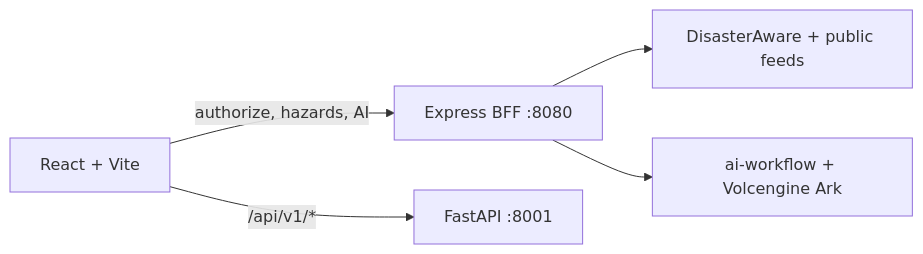
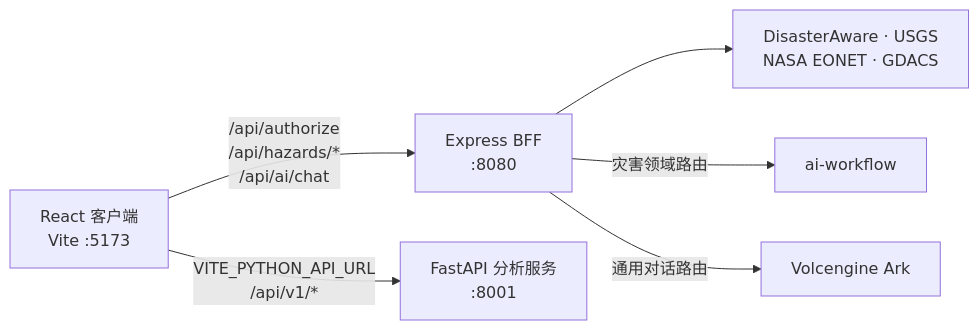
One commit to Jamie0807/prometheus-global-guardian changed the second of 2 diagrams in README.md. Above: the diagram before and after it, drawn with Mermaid. The commit also changed other lines of this file and 2 other files, not shown here.

````diff
--- a/README.md
+++ b/README.md
@@ -11,7 +454,15 @@
 ```mermaid
 flowchart LR
-  Browser[React + Vite] -->|authorize, hazards, AI| BFF[Express BFF :8080]
-  Browser -->|/api/v1/*| Analytics[FastAPI :8001]
-  BFF --> Feeds[DisasterAware + public feeds]
-  BFF --> AI[ai-workflow + Volcengine Ark]
+  Browser["React 客户端\nVite :5173"]
+  BFF["Express BFF\n:8080"]
+  Python["FastAPI 分析服务\n:8001"]
+  Sources["DisasterAware · USGS\nNASA EONET · GDACS"]
+  Workflow["ai-workflow"]
+  Ark["Volcengine Ark"]
+
+  Browser -->|"/api/authorize\n/api/hazards/*\n/api/ai/chat"| BFF
+  Browser -->|"VITE_PYTHON_API_URL\n/api/v1/*"| Python
+  BFF --> Sources
+  BFF -->|灾害领域路由| Workflow
+  BFF -->|通用对话路由| Ark
 ```
````
